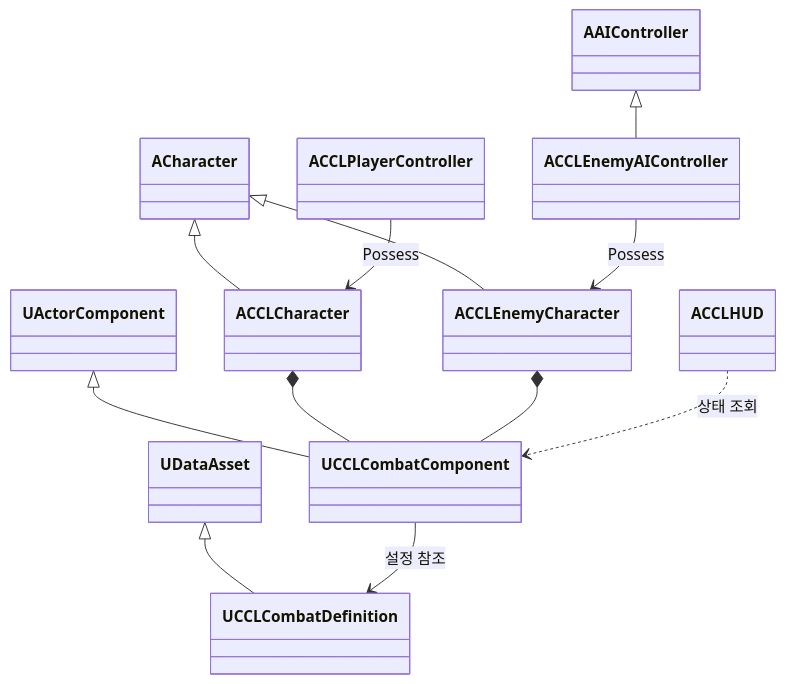
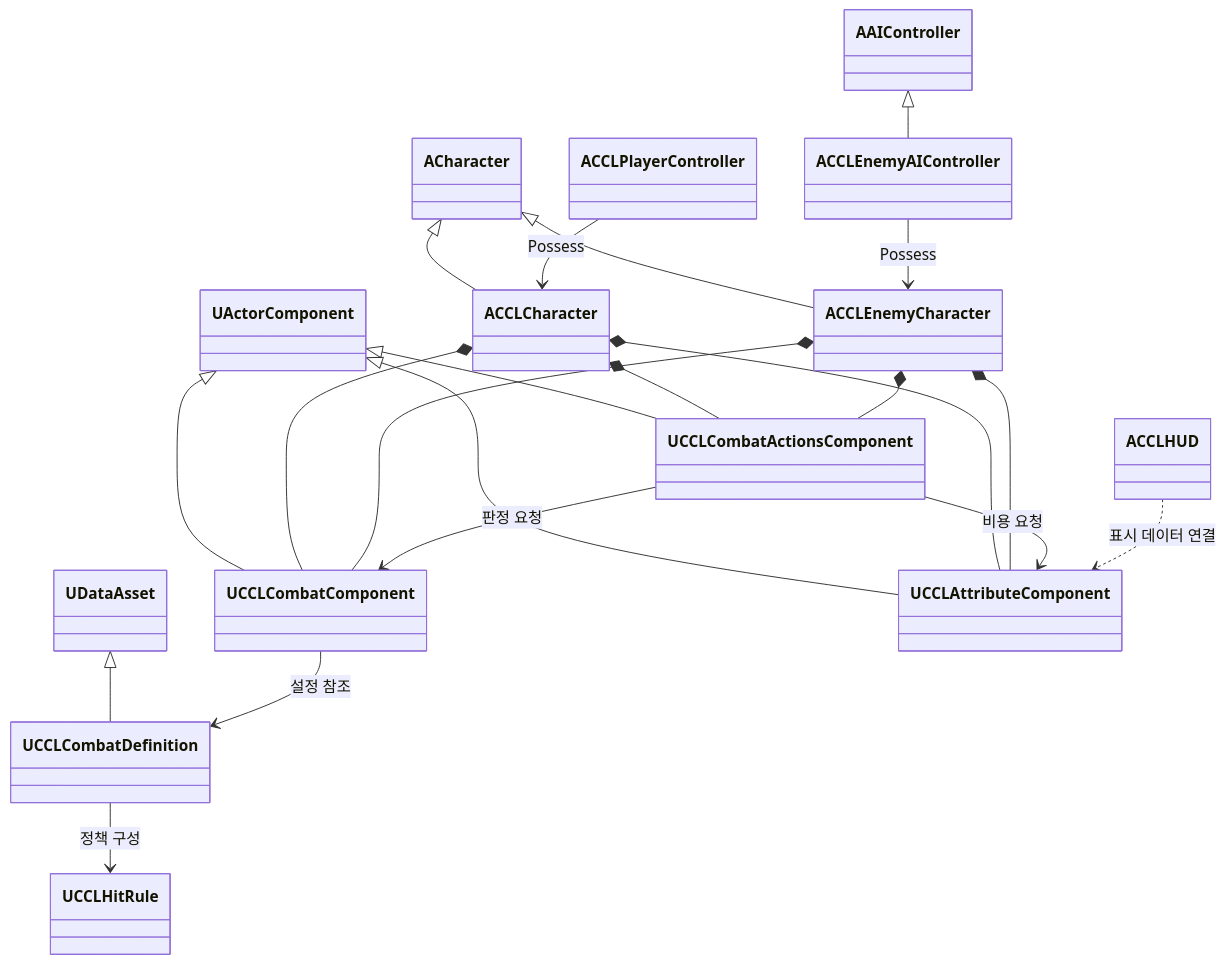
The diagram in Docs/CombatFoundation.md (kang-sihwon/ccl8), drawn with Mermaid before and after one commit. The commit also changed other lines of this file and 3 other files, not shown here.

````diff
--- a/Docs/CombatFoundation.md
+++ b/Docs/CombatFoundation.md
@@ -45,14 +56,23 @@
 ```mermaid
 classDiagram
     UActorComponent <|-- UCCLCombatComponent
     UDataAsset <|-- UCCLCombatDefinition
+    UActorComponent <|-- UCCLAttributeComponent
+    UActorComponent <|-- UCCLCombatActionsComponent
     ACharacter <|-- ACCLCharacter
     ACharacter <|-- ACCLEnemyCharacter
     AAIController <|-- ACCLEnemyAIController
     ACCLCharacter *-- UCCLCombatComponent
     ACCLEnemyCharacter *-- UCCLCombatComponent
     UCCLCombatComponent --> UCCLCombatDefinition : 설정 참조
+    UCCLCombatDefinition --> UCCLHitRule : 정책 구성
+    ACCLCharacter *-- UCCLAttributeComponent
+    ACCLEnemyCharacter *-- UCCLAttributeComponent
+    ACCLCharacter *-- UCCLCombatActionsComponent
+    ACCLEnemyCharacter *-- UCCLCombatActionsComponent
+    UCCLCombatActionsComponent --> UCCLCombatComponent : 판정 요청
+    UCCLCombatActionsComponent --> UCCLAttributeComponent : 비용 요청
     ACCLPlayerController --> ACCLCharacter : Possess
     ACCLEnemyAIController --> ACCLEnemyCharacter : Possess
-    ACCLHUD ..> UCCLCombatComponent : 상태 조회
+    ACCLHUD ..> UCCLAttributeComponent : 표시 데이터 연결
 ```
````
